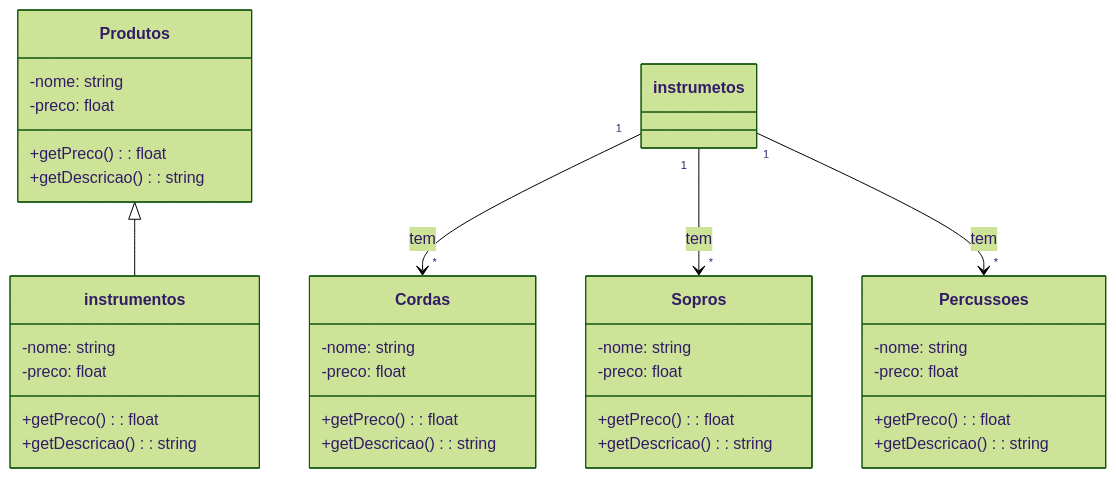
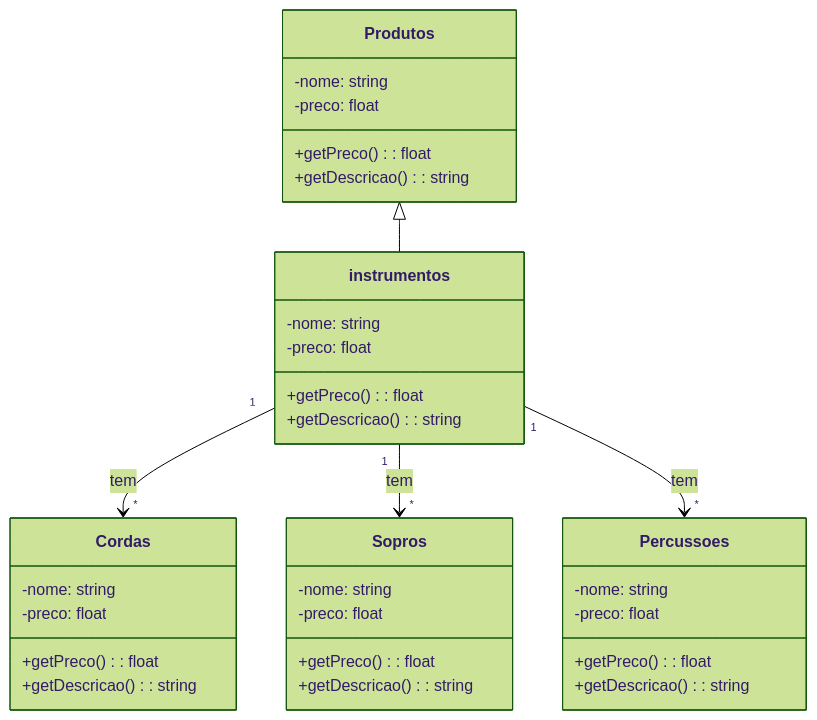
The diagram in README.md (LucasGabrielPaes/teste), drawn with Mermaid (forest theme) before and after one commit.

````diff
--- a/README.md
+++ b/README.md
@@ -1,42 +1,42 @@
 ```mermaid
 classDiagram
   class Produtos {
      -nome: string
     -preco: float
     +getPreco(): float
     +getDescricao(): string
   }
 
 class instrumentos {
    -nome: string
     -preco: float
     +getPreco(): float
     +getDescricao(): string
 }
 
 
   class Cordas {
    -nome: string
     -preco: float
     +getPreco(): float
     +getDescricao(): string
 }
 
  class Sopros {
    -nome: string
     -preco: float
     +getPreco(): float
     +getDescricao(): string
 }
 
  class Percussoes {
    -nome: string
     -preco: float
     +getPreco(): float
     +getDescricao(): string
 }
 Produtos  <|-- instrumentos
-instrumetos "1" --> "*" Cordas : tem
-instrumetos "1" --> "*" Sopros : tem
-instrumetos "1" --> "*" Percussoes : tem
+instrumentos "1" --> "*" Cordas : tem
+instrumentos "1" --> "*" Sopros : tem
+instrumentos "1" --> "*" Percussoes : tem
 ```
````
